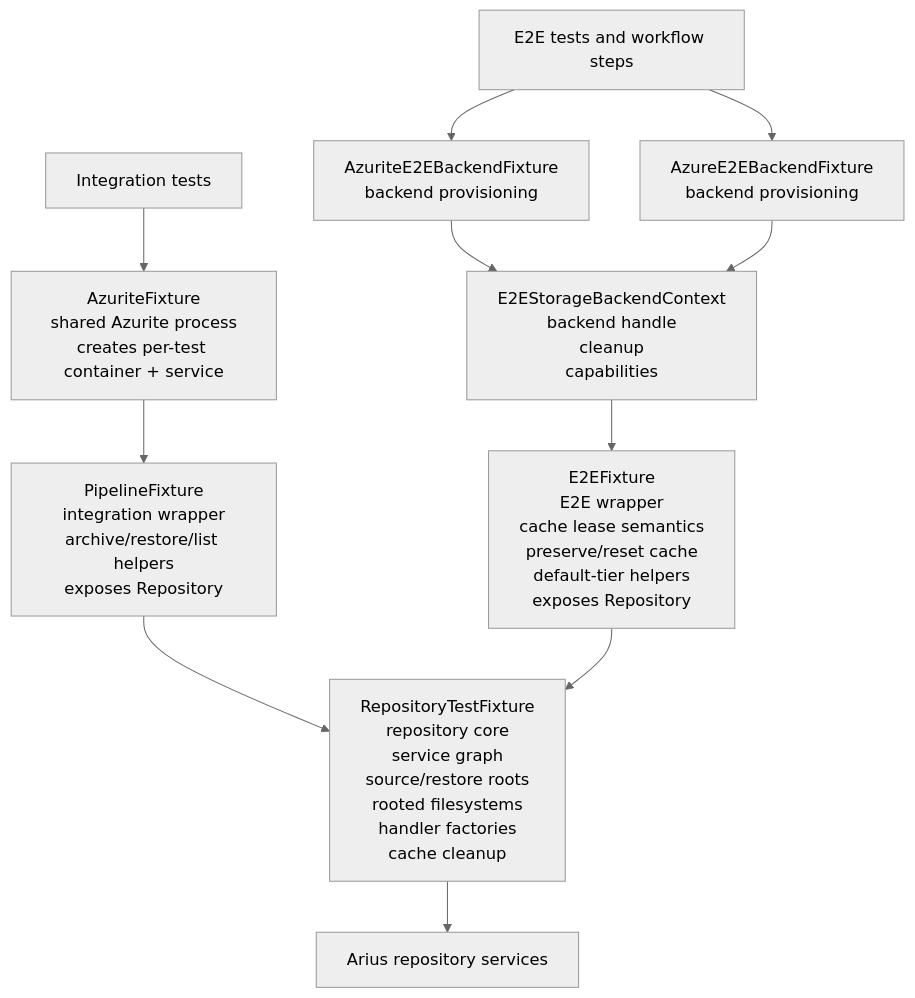
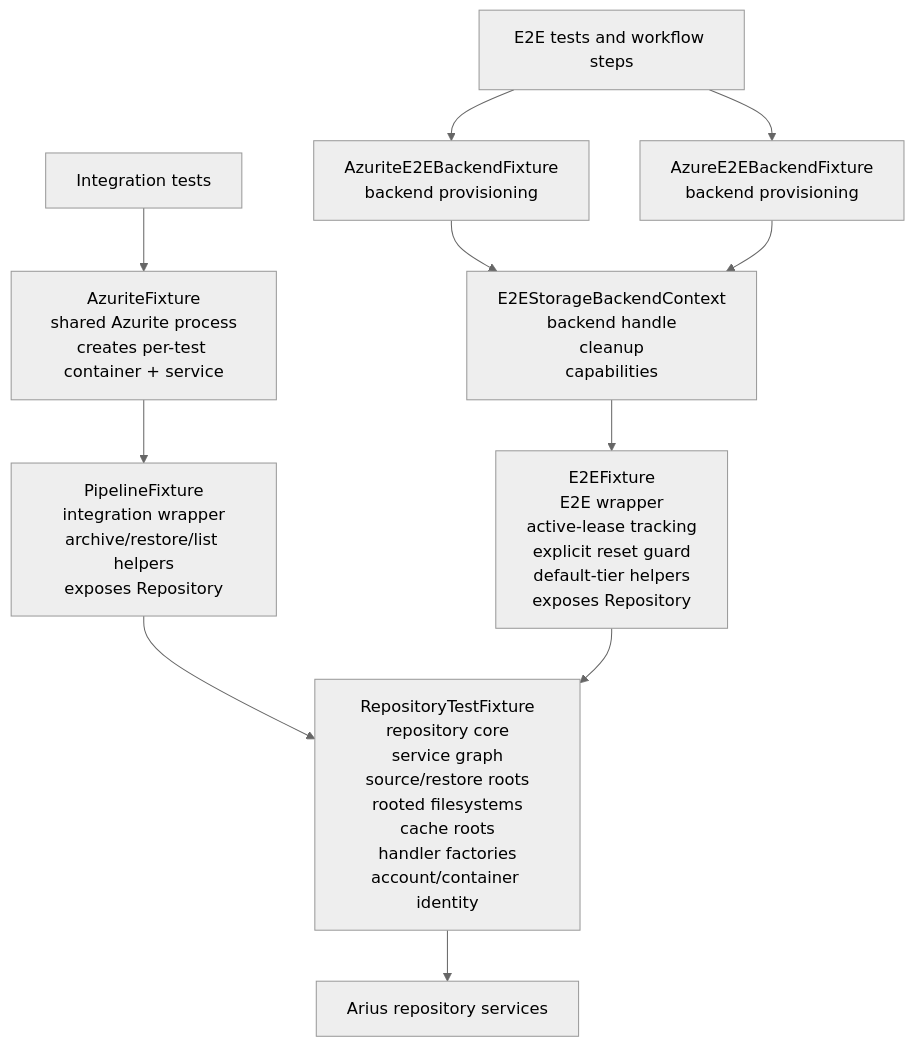
The diagram in docs/decisions/adr-0009-clarify-test-fixture-boundaries.md (woutervanranst/Arius7), drawn with Mermaid (neutral theme) before and after one commit. The commit also changed other lines of this file, not shown here.

````diff
--- a/docs/decisions/adr-0009-clarify-test-fixture-boundaries.md
+++ b/docs/decisions/adr-0009-clarify-test-fixture-boundaries.md
@@ -115,20 +116,20 @@
 ```mermaid
 graph TD
     IT[Integration tests]
     ET[E2E tests and workflow steps]
 
     AZ[AzuriteFixture<br/>shared Azurite process<br/>creates per-test container + service]
     PF[PipelineFixture<br/>integration wrapper<br/>archive/restore/list helpers<br/>exposes Repository]
-    RTF[RepositoryTestFixture<br/>repository core<br/>service graph<br/>source/restore roots<br/>rooted filesystems<br/>handler factories<br/>cache cleanup]
+    RTF[RepositoryTestFixture<br/>repository core<br/>service graph<br/>source/restore roots<br/>rooted filesystems<br/>cache roots<br/>handler factories<br/>account/container identity]
 
     AZBF[AzuriteE2EBackendFixture<br/>backend provisioning]
     AEBF[AzureE2EBackendFixture<br/>backend provisioning]
     CTX[E2EStorageBackendContext<br/>backend handle<br/>cleanup<br/>capabilities]
-    E2EF[E2EFixture<br/>E2E wrapper<br/>cache lease semantics<br/>preserve/reset cache<br/>default-tier helpers<br/>exposes Repository]
+    E2EF[E2EFixture<br/>E2E wrapper<br/>active-lease tracking<br/>explicit reset guard<br/>default-tier helpers<br/>exposes Repository]
     CORE[Arius repository services]
 
     IT --> AZ --> PF --> RTF --> CORE
     ET --> AZBF --> CTX
     ET --> AEBF --> CTX
     CTX --> E2EF --> RTF
 ```
````
